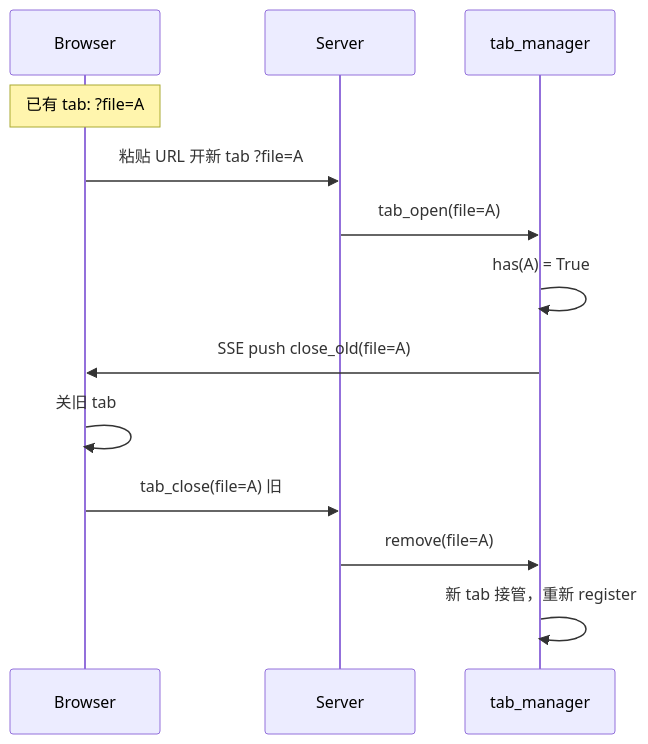
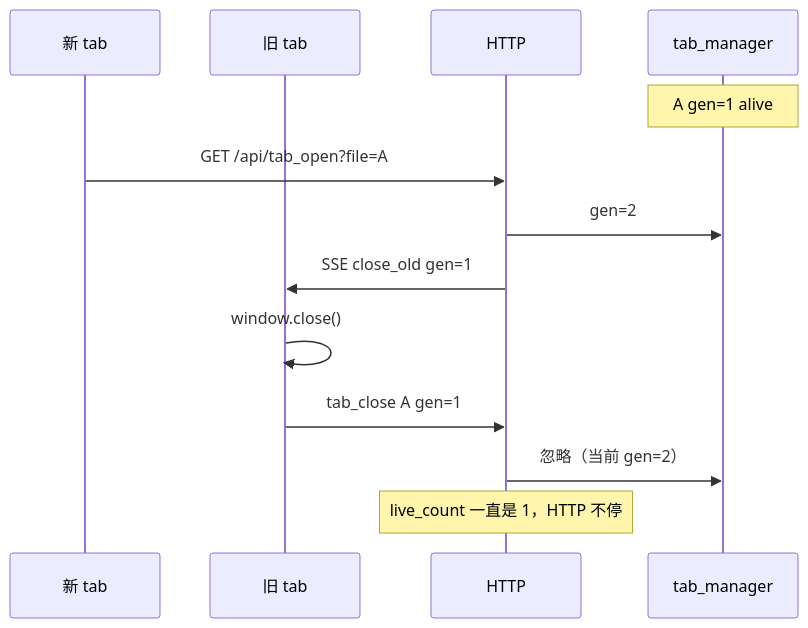
Before and after one commit to CaffeineOddity/MarkdownPreviewEnhanced: the fifth of 5 diagrams in docs/file-tabs-manage.md, drawn with Mermaid. The commit also changed other lines of this file and 12 other files, not shown here.

First line of the commit message:
feat(preview): bind SSE/HTTP lifecycle to a 1:1:1 file-view-tab registry

````diff
--- a/docs/file-tabs-manage.md
+++ b/docs/file-tabs-manage.md
@@ -94,17 +247,16 @@
 ```mermaid
 sequenceDiagram
-  participant Browser
-  participant Server
-  participant tab_manager
+  participant New as 新 tab
+  participant Old as 旧 tab
+  participant Srv as HTTP
+  participant Reg as tab_manager
 
-  Note over Browser: 已有 tab: ?file=A
-
-  Browser->>Server: 粘贴 URL 开新 tab ?file=A
-  Server->>tab_manager: tab_open(file=A)
-  tab_manager->>tab_manager: has(A) = True
-  tab_manager->>Browser: SSE push close_old(file=A)
-  Browser->>Browser: 关旧 tab
-  Browser->>Server: tab_close(file=A) 旧
-  Server->>tab_manager: remove(file=A)
-  tab_manager->>tab_manager: 新 tab 接管，重新 register
+  Note over Reg: A gen=1 alive
+  New->>Srv: GET /api/tab_open?file=A
+  Srv->>Reg: gen=2
+  Srv->>Old: SSE close_old gen=1
+  Old->>Old: window.close()
+  Old->>Srv: tab_close A gen=1
+  Srv->>Reg: 忽略（当前 gen=2）
+  Note over Srv: live_count 一直是 1，HTTP 不停
 ```
````
